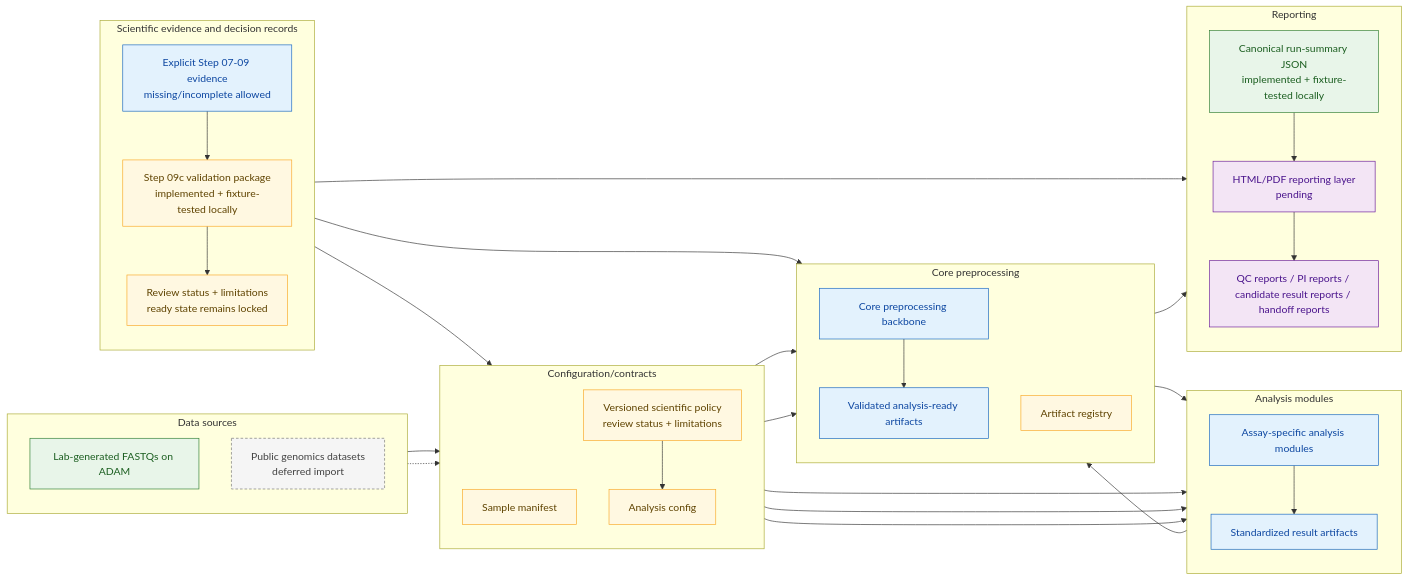
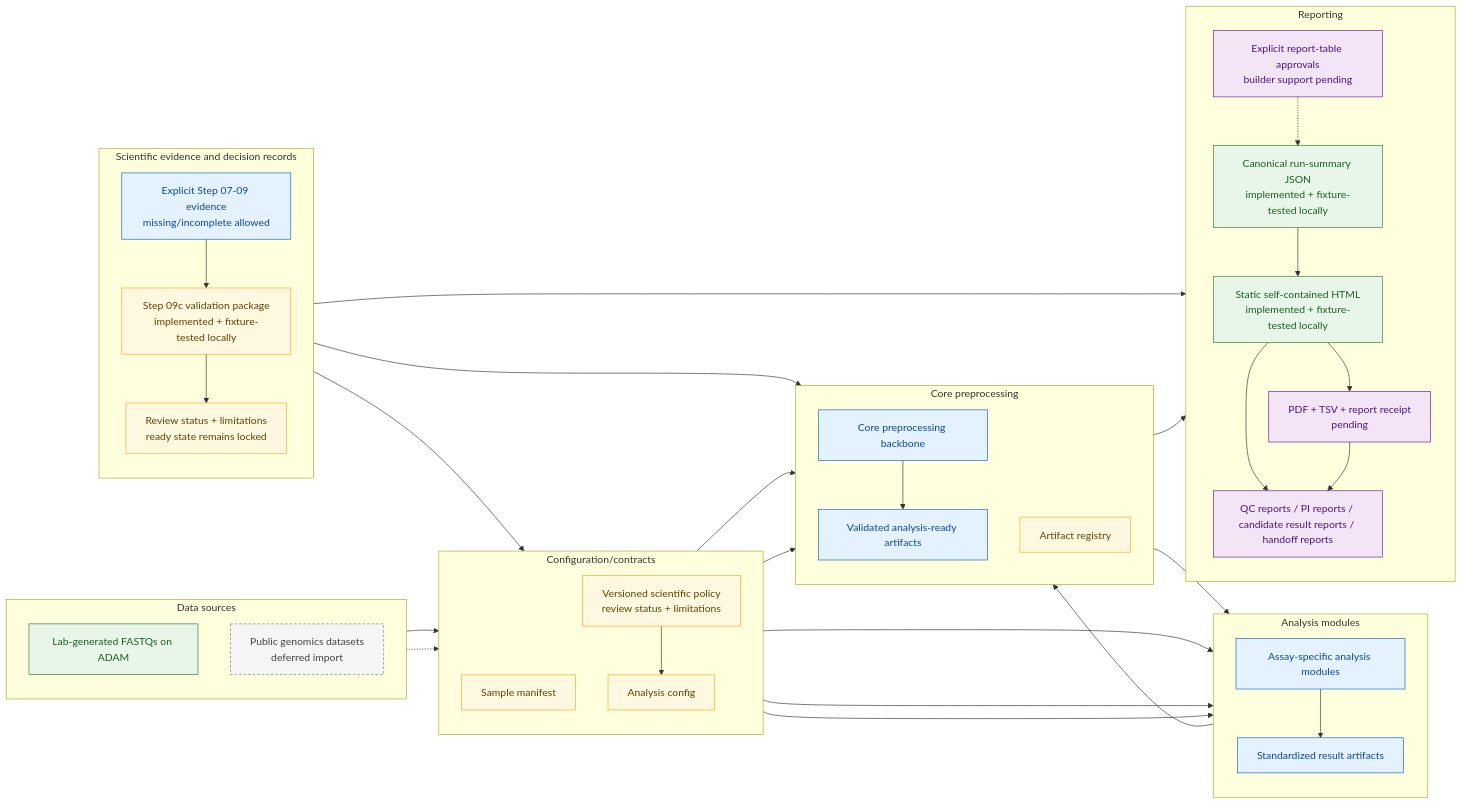
One commit to lab-cats/EMRYS changed the second of 4 diagrams in docs/architecture/FUTURE_ARCHITECTURE.md. Above: the diagram before and after it, drawn with Mermaid. The commit also changed other lines of this file and 18 other files, not shown here.

Commit message:
report html v1 docpatch

````diff
--- a/docs/architecture/FUTURE_ARCHITECTURE.md
+++ b/docs/architecture/FUTURE_ARCHITECTURE.md
@@ -124,69 +139,73 @@
 ```mermaid
 flowchart LR
     classDef current fill:#e8f5e9,stroke:#2e7d32,color:#1b5e20
     classDef future fill:#e3f2fd,stroke:#1565c0,color:#0d47a1
     classDef deferred fill:#f5f5f5,stroke:#757575,color:#424242,stroke-dasharray:4 3
     classDef contract fill:#fff8e1,stroke:#f9a825,color:#5f4300
     classDef reporting fill:#f3e5f5,stroke:#6a1b9a,color:#4a148c
 
     subgraph sources["Data sources"]
         direction TB
         lab["Lab-generated FASTQs on ADAM"]
         public["Public genomics datasets<br/>deferred import"]
     end
 
     subgraph contracts["Configuration/contracts"]
         direction TB
         manifest["Sample manifest"]
         config["Analysis config"]
         policy_record["Versioned scientific policy<br/>review status + limitations"]
     end
 
     subgraph core["Core preprocessing"]
         direction TB
         backbone["Core preprocessing backbone"]
         ready["Validated analysis-ready artifacts"]
         registry["Artifact registry"]
     end
 
     subgraph modules["Analysis modules"]
         direction TB
         assays["Assay-specific analysis modules"]
         results["Standardized result artifacts"]
     end
 
     subgraph science["Scientific evidence and decision records"]
         direction TB
         declared09["Explicit Step 07-09 evidence<br/>missing/incomplete allowed"]
         science_review["Step 09c validation package<br/>implemented + fixture-tested locally"]
         decision_record["Review status + limitations<br/>ready state remains locked"]
     end
 
     subgraph reports["Reporting"]
         direction TB
         run_summary["Canonical run-summary JSON<br/>implemented + fixture-tested locally"]
-        report_layer["HTML/PDF reporting layer<br/>pending"]
+        report_html["Static self-contained HTML<br/>implemented + fixture-tested locally"]
+        report_approvals["Explicit report-table approvals<br/>builder support pending"]
+        report_exports["PDF + TSV + report receipt<br/>pending"]
         outputs["QC reports / PI reports / candidate result reports / handoff reports"]
     end
 
     lab --> manifest
     public -.-> manifest
     manifest --> backbone
     config --> backbone
     manifest --> assays
     config --> assays
     policy_record --> config
     policy_record --> assays
-    backbone --> ready --> assays --> results --> registry --> run_summary --> report_layer --> outputs
+    backbone --> ready --> assays --> results --> registry --> run_summary --> report_html --> outputs
+    report_approvals -.-> run_summary
+    report_html --> report_exports --> outputs
     declared09 --> science_review --> decision_record --> policy_record
     declared09 --> registry
     decision_record --> run_summary
 
-    class lab,run_summary current
+    class lab,run_summary,report_html current
     class public deferred
     class manifest,config,policy_record,decision_record,science_review contract
     class backbone,ready future
     class registry contract
     class assays,results,declared09 future
-    class report_layer,outputs reporting
+    class report_approvals,report_exports,outputs reporting
 ```
````
